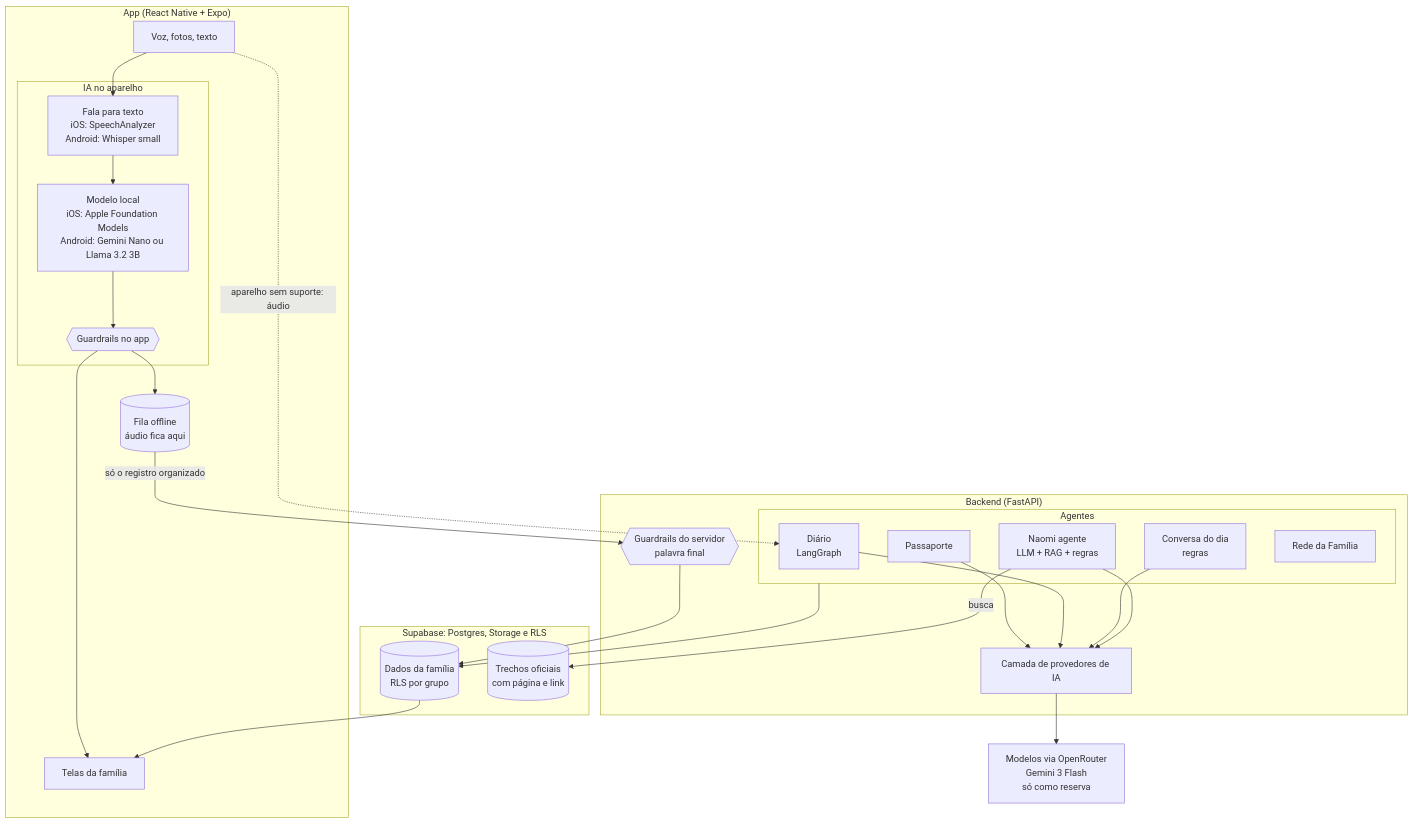
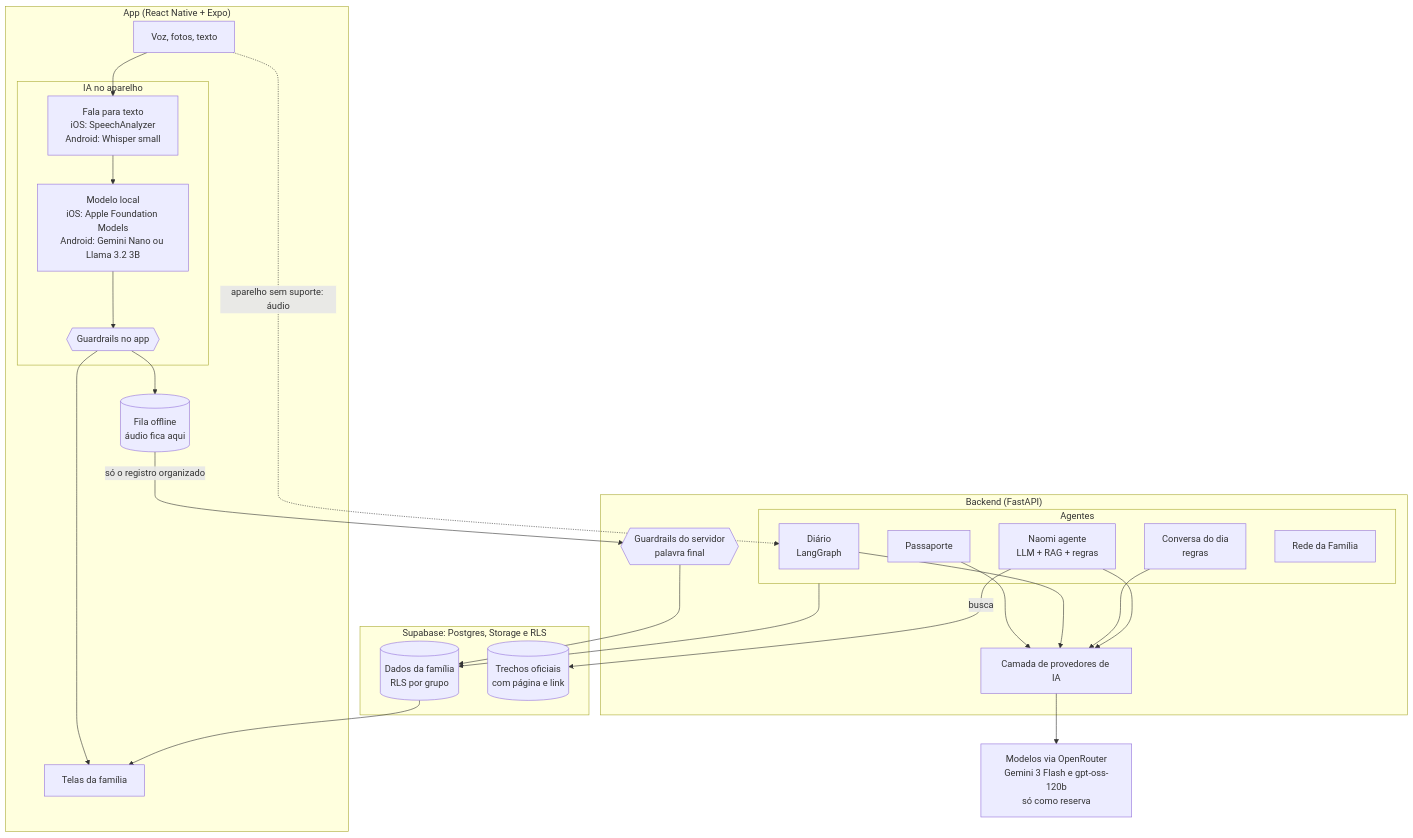
The diagram in README.md (LucasArais/SempreAqui), drawn with Mermaid before and after one commit. The commit also changed other lines of this file and 13 other files, not shown here.

First line of the commit message:
README para a banca, Naomi no gpt-oss-120b e avaliação com o Llama local

````diff
--- a/README.md
+++ b/README.md
@@ -201,42 +239,42 @@
 ```mermaid
 flowchart TB
     subgraph Celular["App (React Native + Expo)"]
         V[Voz, fotos, texto]
         subgraph Local["IA no aparelho"]
             ST[Fala para texto<br/>iOS: SpeechAnalyzer<br/>Android: Whisper small]
             LM[Modelo local<br/>iOS: Apple Foundation Models<br/>Android: Gemini Nano ou Llama 3.2 3B]
             GL{{Guardrails no app}}
         end
         Q[(Fila offline<br/>áudio fica aqui)]
         T[Telas da família]
     end
 
     subgraph API["Backend (FastAPI)"]
         G{{Guardrails do servidor<br/>palavra final}}
         subgraph Agentes["Agentes"]
             D[Diário<br/>LangGraph]
             P[Passaporte]
             R[Conversa do dia<br/>regras]
             A[Naomi agente<br/>LLM + RAG + regras]
             RF[Rede da Família]
         end
         L[Camada de provedores de IA]
     end
 
     subgraph Dados["Supabase: Postgres, Storage e RLS"]
         F[(Dados da família<br/>RLS por grupo)]
         E[(Trechos oficiais<br/>com página e link)]
     end
 
-    M[Modelos via OpenRouter<br/>Gemini 3 Flash<br/>só como reserva]
+    M[Modelos via OpenRouter<br/>Gemini 3 Flash e gpt-oss-120b<br/>só como reserva]
 
     V --> ST --> LM --> GL --> Q
     GL --> T
     Q -- "só o registro organizado" --> G
     V -. "aparelho sem suporte: áudio" .-> D
     P & D & R & A --> L --> M
     A -- busca --> E
     G --> F
     Agentes --> F
     F --> T
 ```
````
